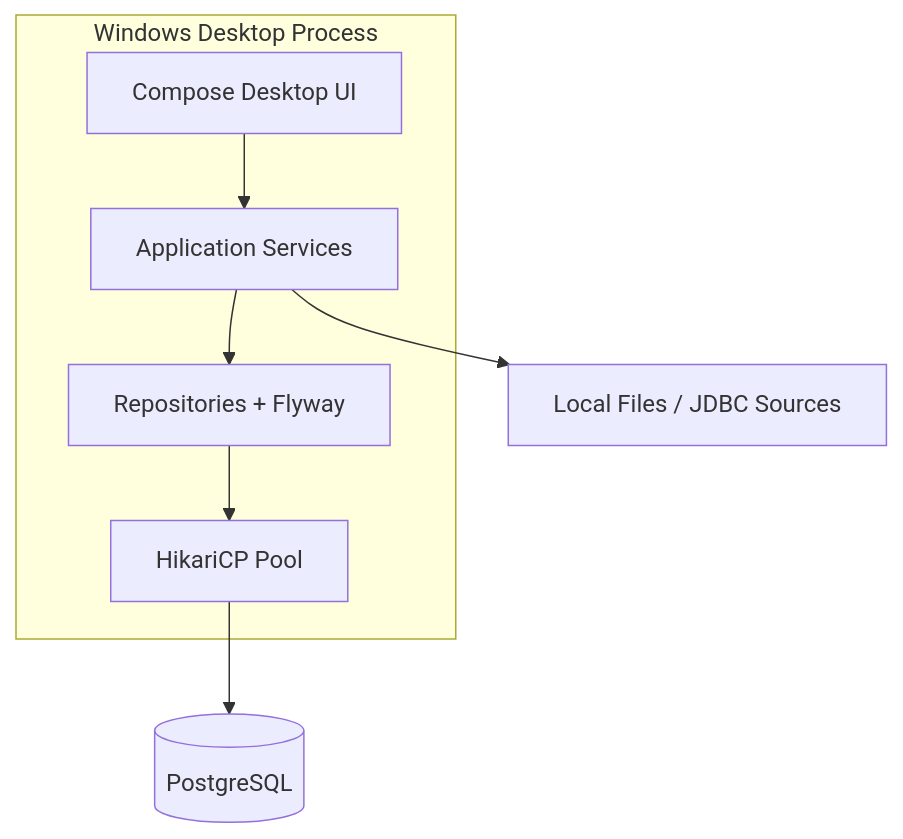
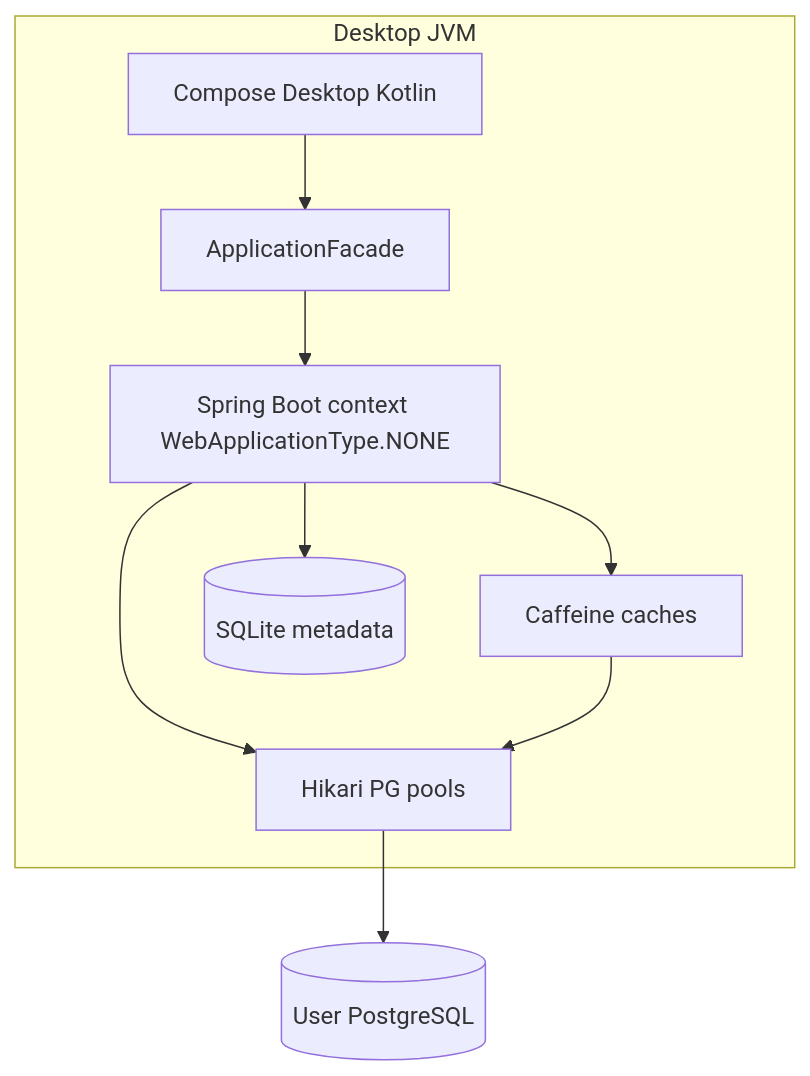
The diagram in docs/ARCHITECTURE.md (nvsaigokul-sudo/DataWeave), drawn with Mermaid before and after one commit. The commit also changed other lines of this file and 71 other files, not shown here.

First line of the commit message:
feat: embed Spring Boot backend with caching and data browse

````diff
--- a/docs/ARCHITECTURE.md
+++ b/docs/ARCHITECTURE.md
@@ -9,17 +11,20 @@
 ```mermaid
 flowchart TB
-  subgraph desktop [Windows Desktop Process]
-    UI[Compose Desktop UI]
-    APP[Application Services]
-    PERSIST[Repositories + Flyway]
-    POOL[HikariCP Pool]
+  subgraph jvm [Desktop JVM]
+    UI[Compose Desktop Kotlin]
+    FACADE[ApplicationFacade]
+    SPRING[Spring Boot context WebApplicationType.NONE]
+    CACHE[Caffeine caches]
+    META[(SQLite metadata)]
+    POOLS[Hikari PG pools]
   end
-  PG[(PostgreSQL)]
-  FILES[Local Files / JDBC Sources]
+  PG[(User PostgreSQL)]
 
-  UI --> APP
-  APP --> PERSIST
-  PERSIST --> POOL
-  POOL --> PG
-  APP --> FILES
+  UI --> FACADE
+  FACADE --> SPRING
+  SPRING --> CACHE
+  SPRING --> META
+  SPRING --> POOLS
+  POOLS --> PG
+  CACHE --> POOLS
 ```
````
